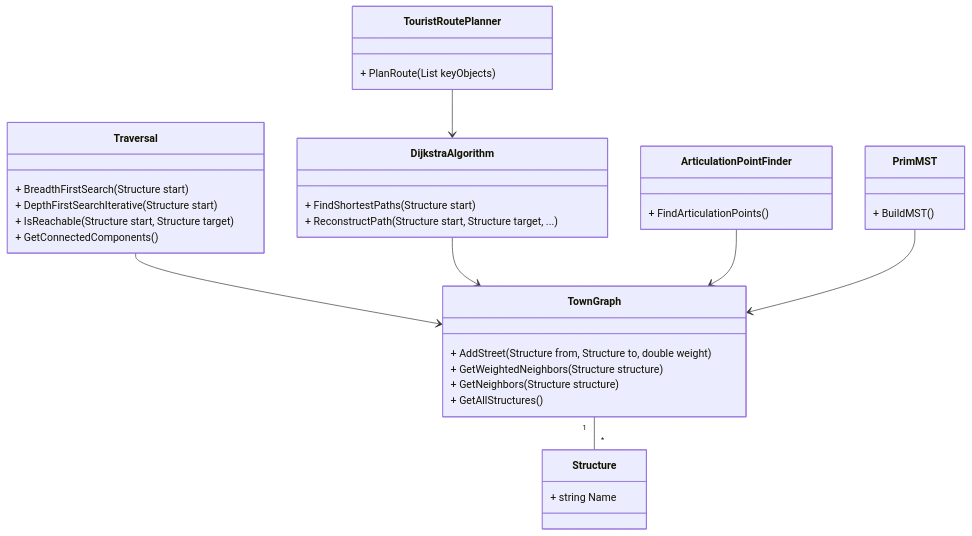
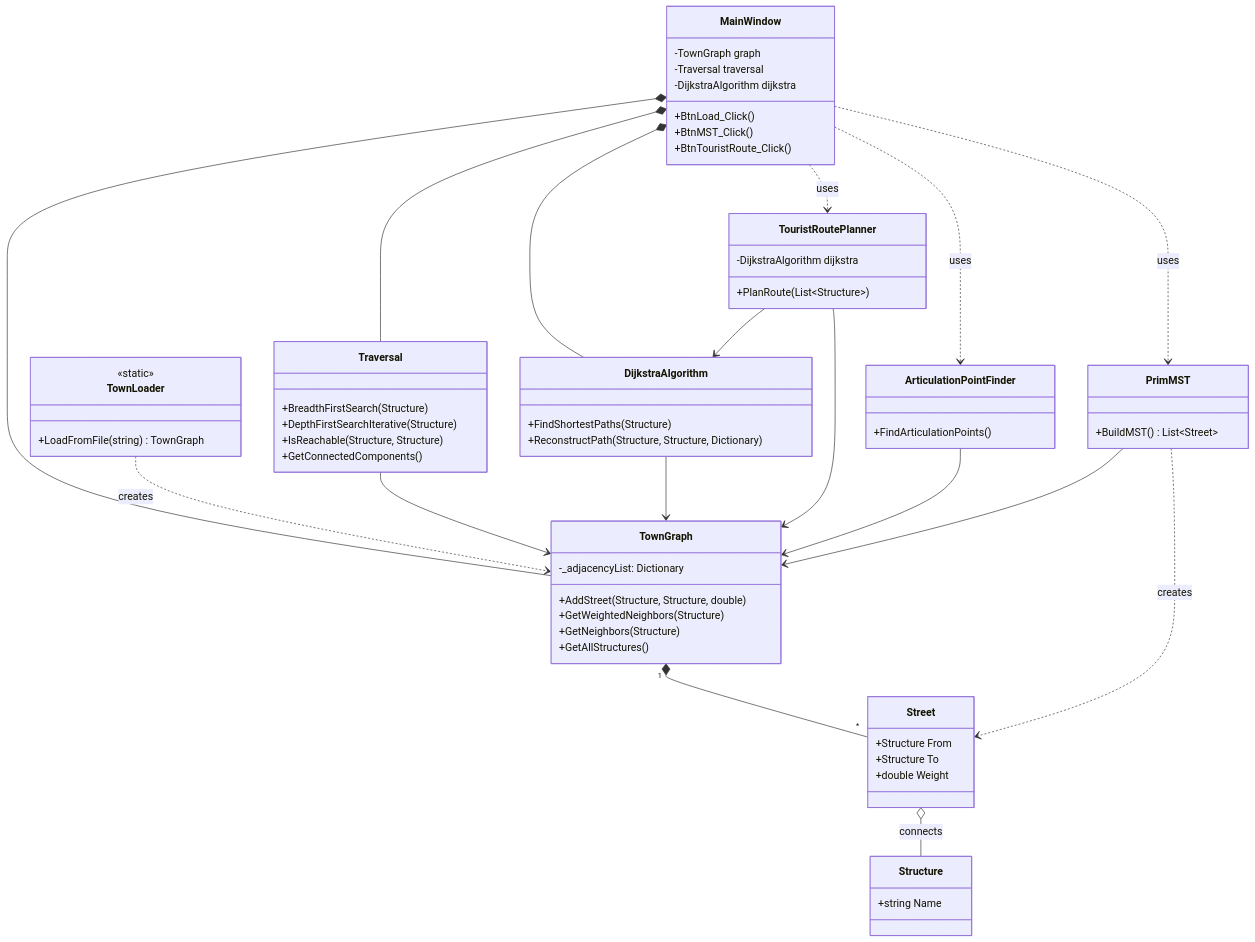
Before and after one commit to Urtyom-Alyanov/HistoryTown: the diagram in README.md, drawn with Mermaid. The commit also changed other lines of this file, not shown here.

Commit message:
chore: add new relations and structures in UML

````diff
--- a/README.md
+++ b/README.md
@@ -46,44 +46,80 @@
 ```mermaid
 classDiagram
     class Structure {
-        + string Name
+        +string Name
+    }
+
+    class Street {
+        +Structure From
+        +Structure To
+        +double Weight
     }
 
     class TownGraph {
-        + AddStreet(Structure from, Structure to, double weight)
-        + GetWeightedNeighbors(Structure structure)
-        + GetNeighbors(Structure structure)
-        + GetAllStructures()
+        -_adjacencyList: Dictionary
+        +AddStreet(Structure, Structure, double)
+        +GetWeightedNeighbors(Structure)
+        +GetNeighbors(Structure)
+        +GetAllStructures()
+    }
+
+    class TownLoader {
+        <<static>>
+        +LoadFromFile(string) TownGraph
+    }
+
+    class MainWindow {
+        -TownGraph graph
+        -Traversal traversal
+        -DijkstraAlgorithm dijkstra
+        +BtnLoad_Click()
+        +BtnMST_Click()
+        +BtnTouristRoute_Click()
     }
 
     class Traversal {
-        + BreadthFirstSearch(Structure start)
-        + DepthFirstSearchIterative(Structure start)
-        + IsReachable(Structure start, Structure target)
-        + GetConnectedComponents()
+        +BreadthFirstSearch(Structure)
+        +DepthFirstSearchIterative(Structure)
+        +IsReachable(Structure, Structure)
+        +GetConnectedComponents()
     }
 
     class DijkstraAlgorithm {
-        + FindShortestPaths(Structure start)
-        + ReconstructPath(Structure start, Structure target, ...)
+        +FindShortestPaths(Structure)
+        +ReconstructPath(Structure, Structure, Dictionary)
     }
 
     class TouristRoutePlanner {
-        + PlanRoute(List<Structure> keyObjects)
+        -DijkstraAlgorithm dijkstra
+        +PlanRoute(List~Structure~)
     }
 
     class ArticulationPointFinder {
-        + FindArticulationPoints()
+        +FindArticulationPoints()
     }
 
     class PrimMST {
-        + BuildMST()
+        +BuildMST() List~Street~
     }
 
-    TownGraph "1" -- "*" Structure
+    %% Отношения
+    MainWindow *-- TownGraph
+    MainWindow *-- Traversal
+    MainWindow *-- DijkstraAlgorithm
+    MainWindow ..> TouristRoutePlanner : uses
+    MainWindow ..> ArticulationPointFinder : uses
+    MainWindow ..> PrimMST : uses
+
+    TownGraph "1" *-- "*" Street
+    Street o-- Structure : connects
+
+    TownLoader ..> TownGraph : creates
+
     Traversal --> TownGraph
     DijkstraAlgorithm --> TownGraph
     TouristRoutePlanner --> DijkstraAlgorithm
+    TouristRoutePlanner --> TownGraph
     ArticulationPointFinder --> TownGraph
     PrimMST --> TownGraph
+    PrimMST ..> Street : creates
 ```
````
